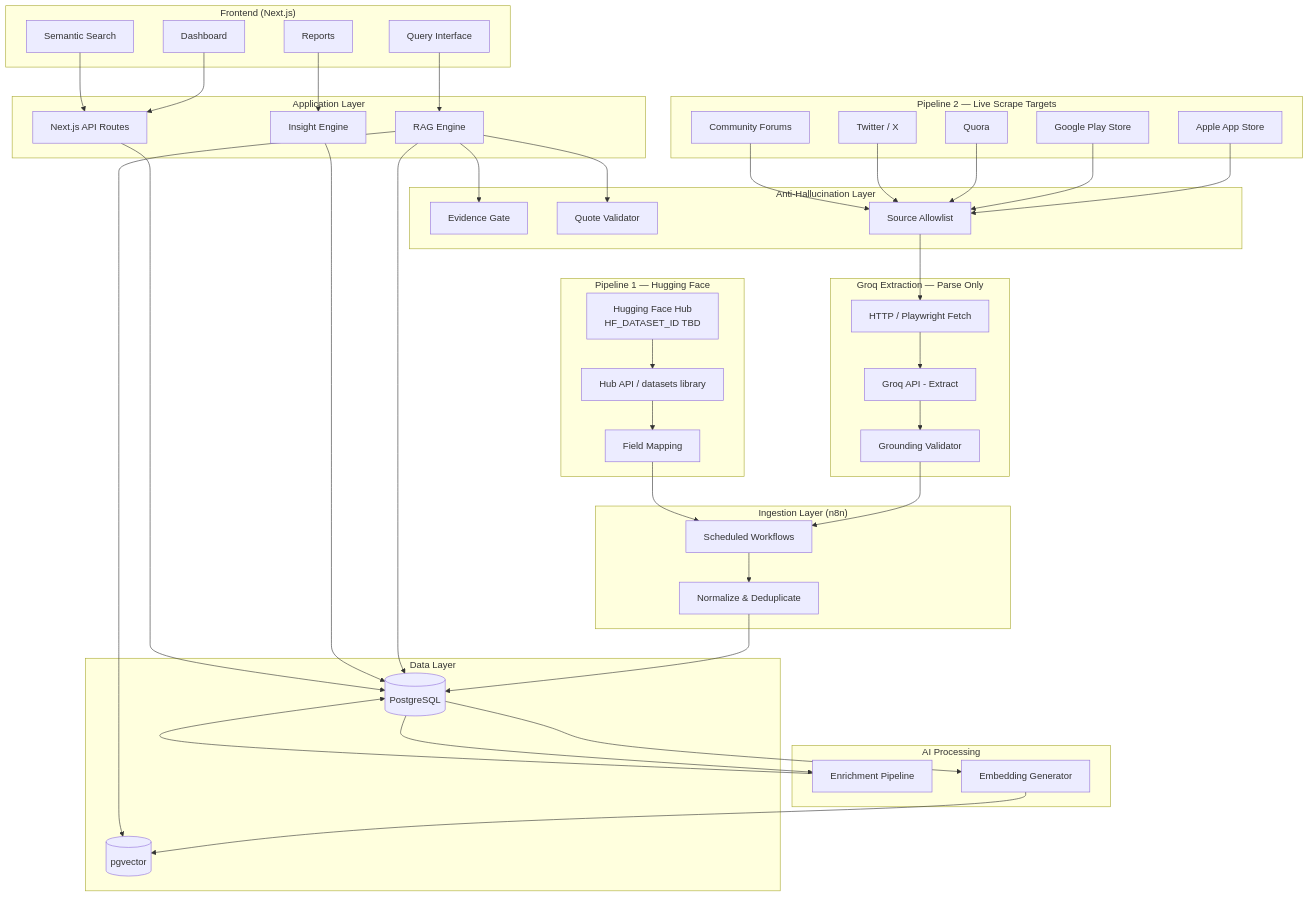
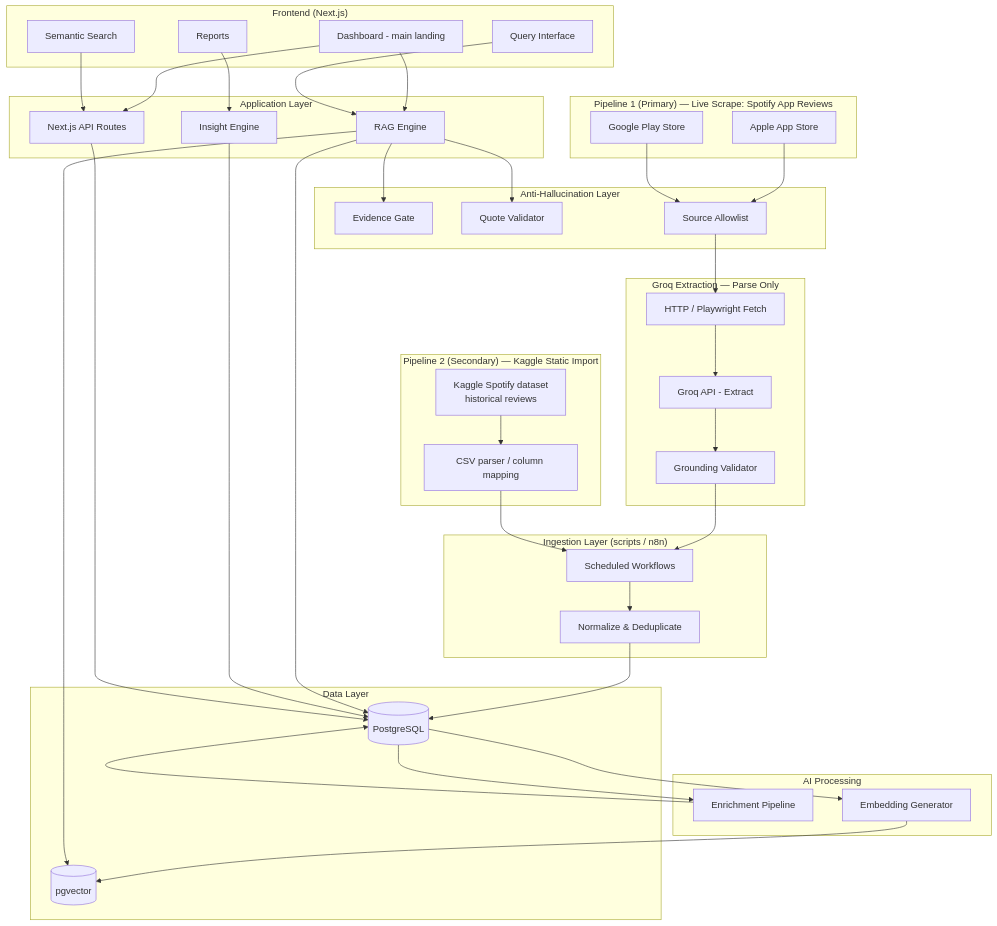
Before and after one commit to Aparnachandrashekar/voc-intelligence-platform: the first of 12 diagrams in docs/phase-wise-architecture.md, drawn with Mermaid. The commit also changed other lines of this file and 170 other files, not shown here.

````diff
--- a/docs/phase-wise-architecture.md
+++ b/docs/phase-wise-architecture.md
@@ -9,77 +9,74 @@
 ```mermaid
 flowchart TB
-    subgraph Sources["Pipeline 2 — Live Scrape Targets"]
+    subgraph Sources["Pipeline 1 (Primary) — Live Scrape: Spotify App Reviews"]
         AS[Apple App Store]
         GP[Google Play Store]
-        QU[Quora]
-        TW[Twitter / X]
-        FF[Community Forums]
     end
 
-    subgraph HFLayer["Pipeline 1 — Hugging Face"]
-        HF[Hugging Face Hub<br>HF_DATASET_ID TBD]
-        HFAPI[Hub API / datasets library]
-        HFMAP[Field Mapping]
+    subgraph StaticLayer["Pipeline 2 (Secondary) — Kaggle Static Import"]
+        KG[Kaggle Spotify dataset<br>historical reviews]
+        CSV[CSV parser / column mapping]
     end
 
     subgraph GroqLayer["Groq Extraction — Parse Only"]
         FETCH[HTTP / Playwright Fetch]
         GROQ[Groq API - Extract]
         VAL[Grounding Validator]
     end
 
     subgraph Guardrails["Anti-Hallucination Layer"]
         EG[Evidence Gate]
         QV[Quote Validator]
         AL[Source Allowlist]
     end
 
-    subgraph Ingestion["Ingestion Layer (n8n)"]
+    subgraph Ingestion["Ingestion Layer (scripts / n8n)"]
         WF[Scheduled Workflows]
         NORM[Normalize & Deduplicate]
     end
 
     subgraph Storage["Data Layer"]
         PG[(PostgreSQL)]
         VEC[(pgvector)]
     end
 
     subgraph Processing["AI Processing"]
         ENR[Enrichment Pipeline]
         EMB[Embedding Generator]
     end
 
     subgraph App["Application Layer"]
         API[Next.js API Routes]
         RAG[RAG Engine]
         INS[Insight Engine]
     end
 
     subgraph UI["Frontend (Next.js)"]
-        DASH[Dashboard]
+        DASH[Dashboard - main landing]
         SEARCH[Semantic Search]
         CHAT[Query Interface]
         REPORTS[Reports]
     end
 
-    AS & GP & QU & TW & FF --> AL
+    AS & GP --> AL
     AL --> FETCH --> GROQ --> VAL --> WF
 
-    HF --> HFAPI --> HFMAP --> WF
+    KG --> CSV --> WF
 
     WF --> NORM --> PG
     PG --> ENR --> PG
     PG --> EMB --> VEC
 
     RAG --> EG
     RAG --> QV
     RAG --> VEC
     RAG --> PG
     INS --> PG
 
     API --> PG
     DASH --> API
+    DASH --> RAG
     SEARCH --> API
     CHAT --> RAG
     REPORTS --> INS
 ```
````
